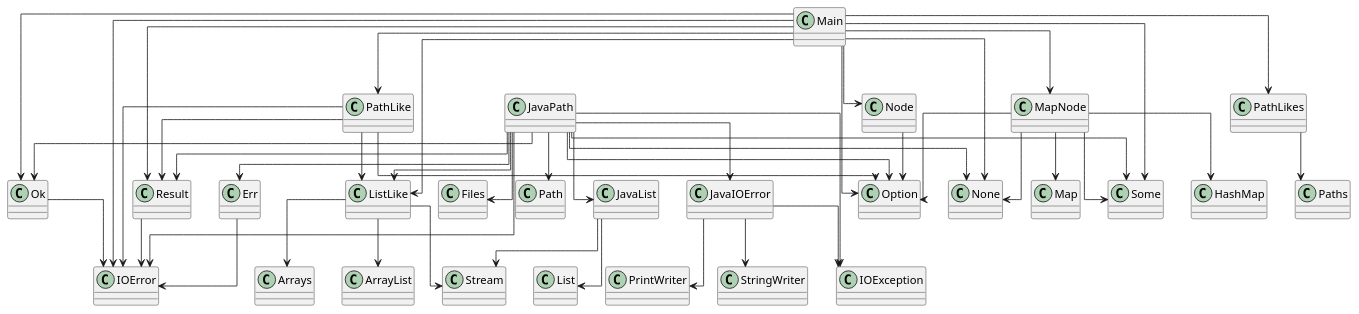
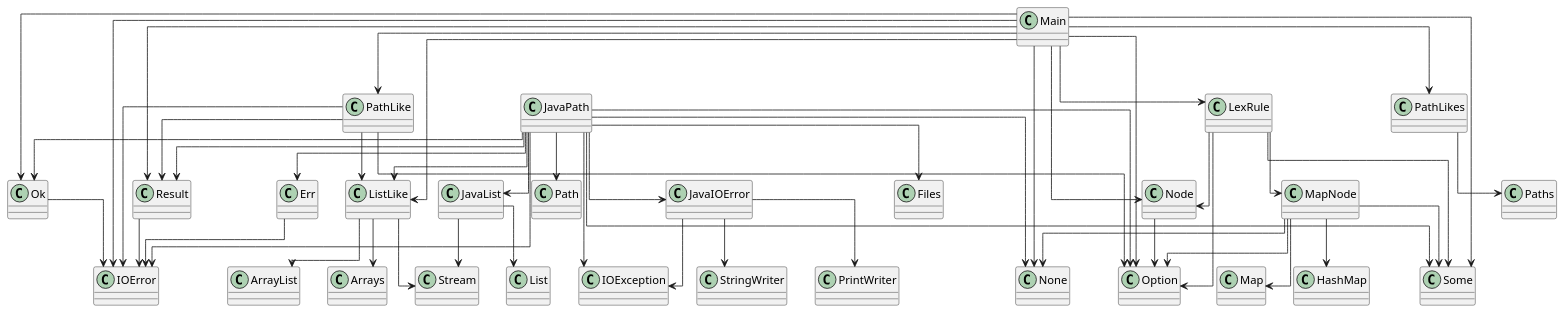
Before and after one commit to SirMathhman/Magma: the diagram in diagram.puml, drawn with PlantUML. The commit also changed 5 other files, not shown here.

```diff
--- a/diagram.puml
+++ b/diagram.puml
@@ -1,66 +1,71 @@
 @startuml
 skinparam linetype ortho
 class IOError
 class JavaIOError
 JavaIOError --> IOException
 JavaIOError --> PrintWriter
 JavaIOError --> StringWriter
 class JavaList
 JavaList --> List
 JavaList --> Stream
 class ListLike
 ListLike --> ArrayList
 ListLike --> Arrays
 ListLike --> Stream
 class Main
 Main --> IOError
 Main --> ListLike
-Main --> MapNode
 Main --> Node
 Main --> None
 Main --> Option
 Main --> Some
 Main --> PathLike
 Main --> PathLikes
 Main --> Ok
 Main --> Result
+Main --> LexRule
 class MapNode
 MapNode --> None
 MapNode --> Option
 MapNode --> Some
 MapNode --> HashMap
 MapNode --> Map
 class Node
 Node --> Option
 class None
 class Option
 class Some
 class JavaPath
 JavaPath --> IOError
 JavaPath --> JavaIOError
 JavaPath --> JavaList
 JavaPath --> ListLike
 JavaPath --> None
 JavaPath --> Option
 JavaPath --> Some
 JavaPath --> Err
 JavaPath --> Ok
 JavaPath --> Result
 JavaPath --> IOException
 JavaPath --> Files
 JavaPath --> Path
 class PathLike
 PathLike --> IOError
 PathLike --> ListLike
 PathLike --> Option
 PathLike --> Result
 class PathLikes
 PathLikes --> Paths
 class Err
 Err --> IOError
 class Ok
 Ok --> IOError
 class Result
 Result --> IOError
+class LexRule
+LexRule --> MapNode
+LexRule --> Node
+LexRule --> Option
+LexRule --> Some
 
 @enduml
```
